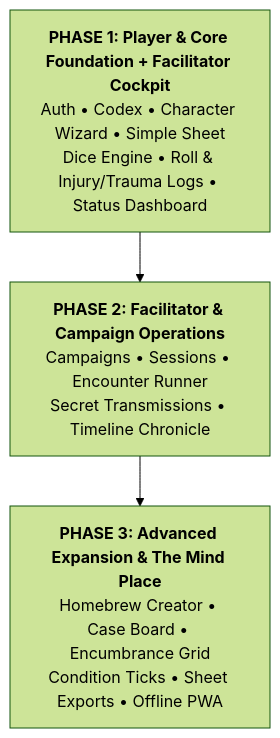
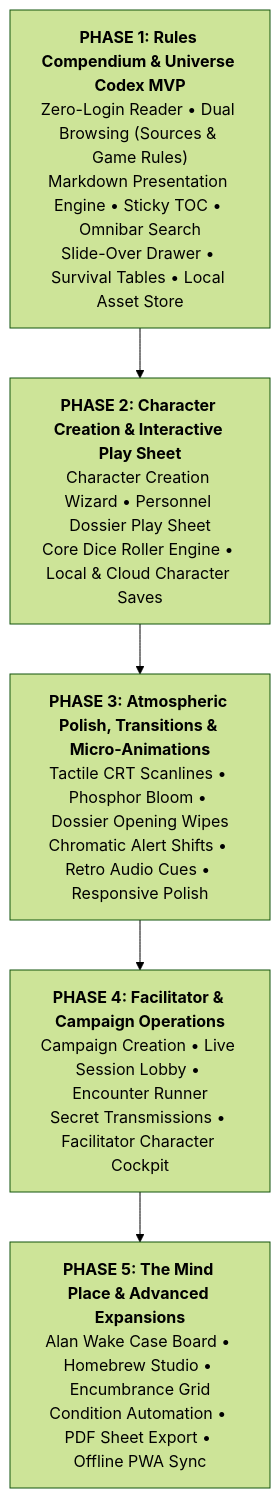
One commit to henriqueschorr/beyond_the_horizon_app changed the diagram in design/project_planner.md. Above: the diagram before and after it, drawn with Mermaid (forest theme). The commit also changed other lines of this file and 73 other files, not shown here.

First line of the commit message:
feat(design): redesign codex architecture, 5-phase roadmap, and TOC schema

````diff
--- a/design/project_planner.md
+++ b/design/project_planner.md
@@ -24,8 +24,10 @@
 ```mermaid
 flowchart TD
-    P1["<b>PHASE 1: Player & Core Foundation + Facilitator Cockpit</b><br/>Auth • Codex • Character Wizard • Simple Sheet<br/>Dice Engine • Roll & Injury/Trauma Logs • Status Dashboard"]
-    P2["<b>PHASE 2: Facilitator & Campaign Operations</b><br/>Campaigns • Sessions • Encounter Runner<br/>Secret Transmissions • Timeline Chronicle"]
-    P3["<b>PHASE 3: Advanced Expansion & The Mind Place</b><br/>Homebrew Creator • Case Board • Encumbrance Grid<br/>Condition Ticks • Sheet Exports • Offline PWA"]
+    P1["<b>PHASE 1: Rules Compendium & Universe Codex MVP</b><br/>Zero-Login Reader • Dual Browsing (Sources & Game Rules)<br/>Markdown Presentation Engine • Sticky TOC • Omnibar Search<br/>Slide-Over Drawer • Survival Tables • Local Asset Store"]
+    P2["<b>PHASE 2: Character Creation & Interactive Play Sheet</b><br/>Character Creation Wizard • Personnel Dossier Play Sheet<br/>Core Dice Roller Engine • Local & Cloud Character Saves"]
+    P3["<b>PHASE 3: Atmospheric Polish, Transitions & Micro-Animations</b><br/>Tactile CRT Scanlines • Phosphor Bloom • Dossier Opening Wipes<br/>Chromatic Alert Shifts • Retro Audio Cues • Responsive Polish"]
+    P4["<b>PHASE 4: Facilitator & Campaign Operations</b><br/>Campaign Creation • Live Session Lobby • Encounter Runner<br/>Secret Transmissions • Facilitator Character Cockpit"]
+    P5["<b>PHASE 5: The Mind Place & Advanced Expansions</b><br/>Alan Wake Case Board • Homebrew Studio • Encumbrance Grid<br/>Condition Automation • PDF Sheet Export • Offline PWA Sync"]
 
-    P1 --> P2 --> P3
+    P1 --> P2 --> P3 --> P4 --> P5
 ```
````
